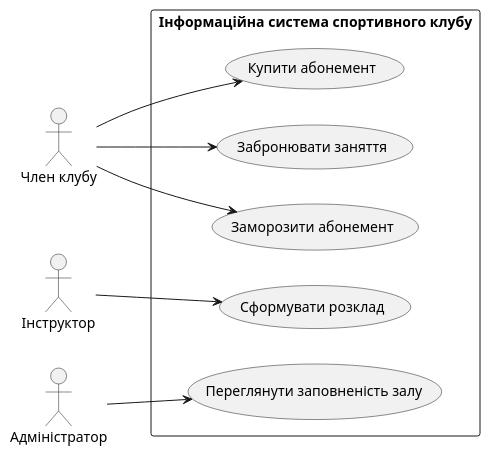
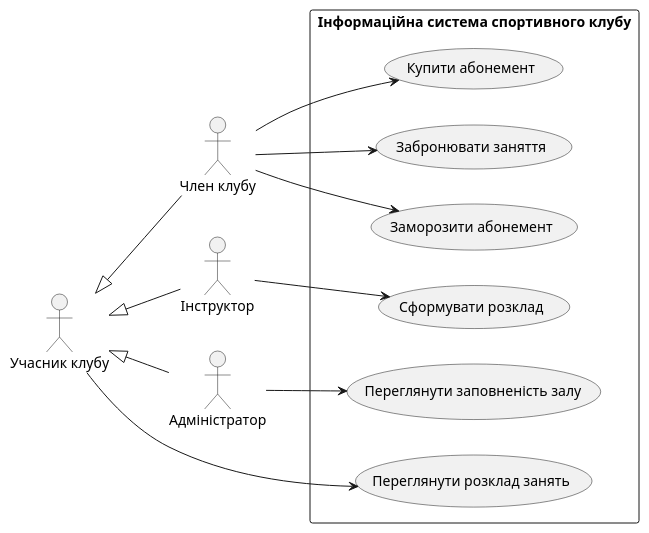
One commit to OleksandrEkorde/sportsclub changed the diagram in docs/usecase.puml. Above: the diagram before and after it, drawn with PlantUML.

Commit message:
docs: add actor generalization to use case diagram

```diff
--- a/docs/usecase.puml
+++ b/docs/usecase.puml
@@ -1,21 +1,28 @@
 @startuml
 left to right direction
 
+actor "Учасник клубу" as ClubParticipant
 actor "Член клубу" as ClubMember
 actor "Інструктор" as Instructor
 actor "Адміністратор" as Administrator
 
+ClubParticipant <|-- ClubMember
+ClubParticipant <|-- Instructor
+ClubParticipant <|-- Administrator
+
 rectangle "Інформаційна система спортивного клубу" {
+  usecase "Переглянути розклад занять" as UC_ViewSchedule
   usecase "Купити абонемент" as UC_Purchase
   usecase "Забронювати заняття" as UC_Book
   usecase "Заморозити абонемент" as UC_Freeze
   usecase "Сформувати розклад" as UC_Schedule
   usecase "Переглянути заповненість залу" as UC_Occupancy
 }
 
+ClubParticipant --> UC_ViewSchedule
 ClubMember --> UC_Purchase
 ClubMember --> UC_Book
 ClubMember --> UC_Freeze
 Instructor --> UC_Schedule
 Administrator --> UC_Occupancy
 @enduml
```
